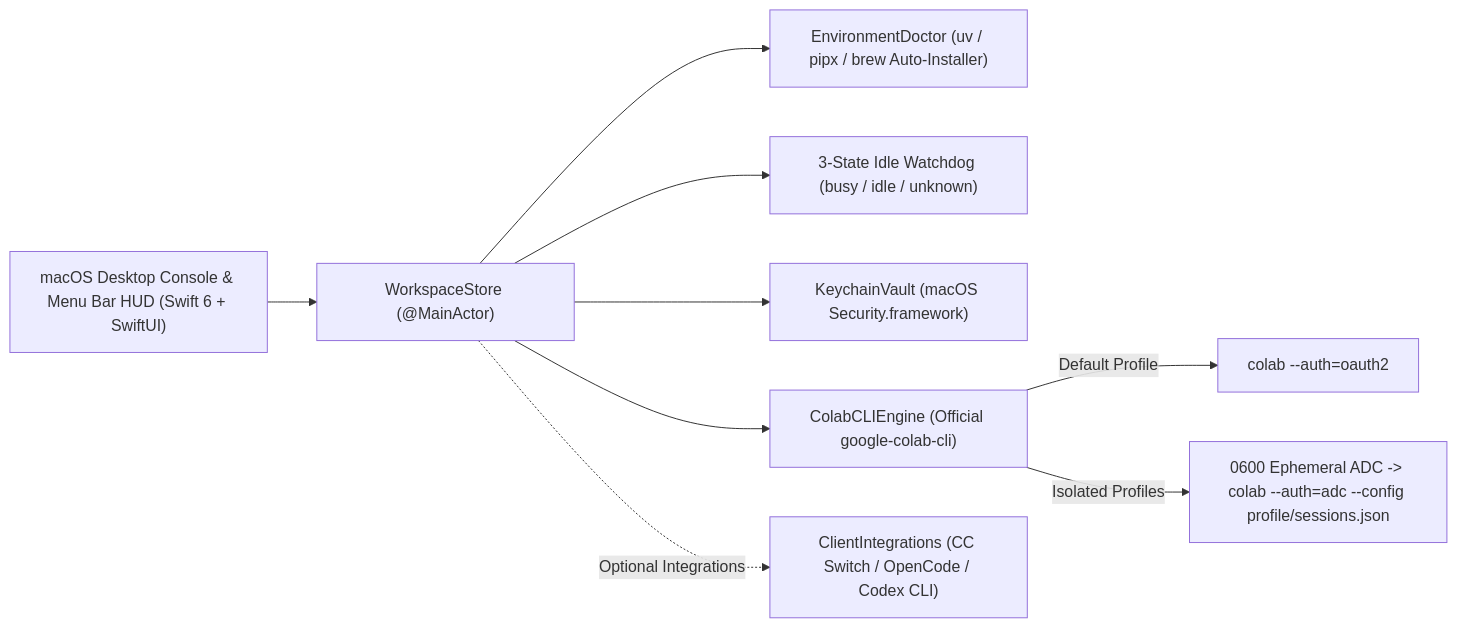
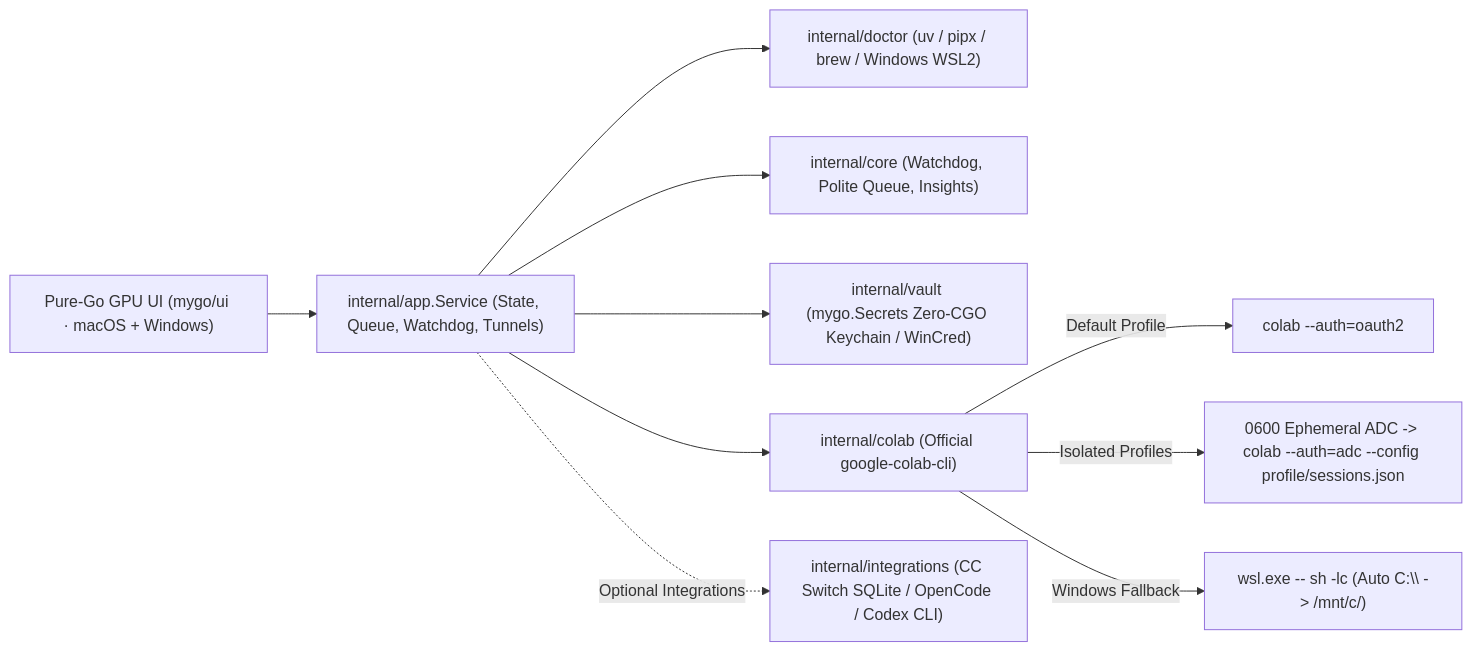
One commit to LJMStark/Colab-Tools changed the diagram in README.md. Above: the diagram before and after it, drawn with Mermaid. The commit also changed other lines of this file and 71 other files, not shown here.

Commit message:
feat: rebuild Colab Tools in pure Go + MyGo for macOS & Windows (v0.3.7)

````diff
--- a/README.md
+++ b/README.md
@@ -74,12 +74,13 @@
 ```mermaid
 flowchart LR
-    HUD["macOS Desktop Console & Menu Bar HUD (Swift 6 + SwiftUI)"] --> Store["WorkspaceStore (@MainActor)"]
-    Store --> Doctor["EnvironmentDoctor (uv / pipx / brew Auto-Installer)"]
-    Store --> Watchdog["3-State Idle Watchdog (busy / idle / unknown)"]
-    Store --> Vault["KeychainVault (macOS Security.framework)"]
-    Store --> Engine["ColabCLIEngine (Official google-colab-cli)"]
+    UI["Pure-Go GPU UI (mygo/ui · macOS + Windows)"] --> Svc["internal/app.Service (State, Queue, Watchdog, Tunnels)"]
+    Svc --> Doctor["internal/doctor (uv / pipx / brew / Windows WSL2)"]
+    Svc --> Core["internal/core (Watchdog, Polite Queue, Insights)"]
+    Svc --> Vault["internal/vault (mygo.Secrets Zero-CGO Keychain / WinCred)"]
+    Svc --> Engine["internal/colab (Official google-colab-cli)"]
 
     Engine -->|"Default Profile"| OAuth["colab --auth=oauth2"]
     Engine -->|"Isolated Profiles"| ADC["0600 Ephemeral ADC -> colab --auth=adc --config profile/sessions.json"]
-    Store -.->|"Optional Integrations"| Clients["ClientIntegrations (CC Switch / OpenCode / Codex CLI)"]
+    Engine -->|"Windows Fallback"| WSL["wsl.exe -- sh -lc (Auto C:\\ -> /mnt/c/)"]
+    Svc -.->|"Optional Integrations"| Clients["internal/integrations (CC Switch SQLite / OpenCode / Codex CLI)"]
 ```
````
